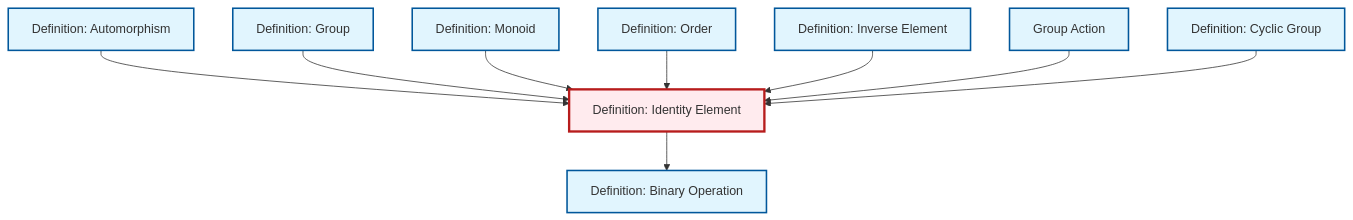
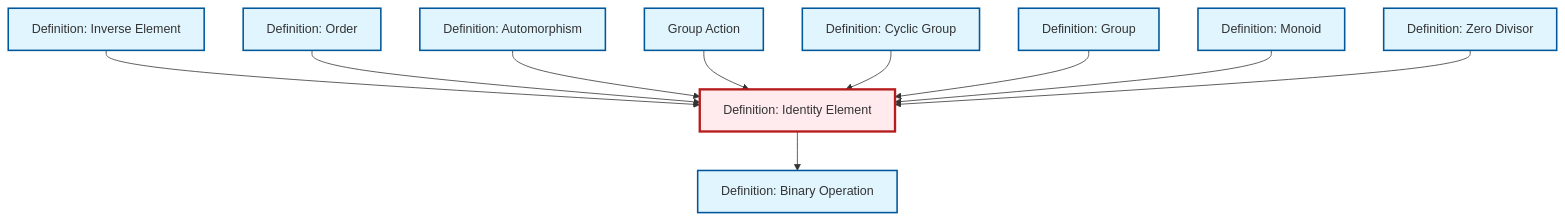
One commit to RK0429/ModernMath changed the diagram in content/en/algebra/def-identity-element.qmd. Above: the diagram before and after it, drawn with Mermaid. The commit also changed 654 other files, not shown here.

````diff
--- a/content/en/algebra/def-identity-element.qmd
+++ b/content/en/algebra/def-identity-element.qmd
@@ -77,35 +77,38 @@
 ```{mermaid}
 %%| fig-cap: "Local dependency graph"
 graph TD
     classDef definition fill:#e1f5fe,stroke:#01579b,stroke-width:2px
     classDef theorem fill:#f3e5f5,stroke:#4a148c,stroke-width:2px
     classDef axiom fill:#fff3e0,stroke:#e65100,stroke-width:2px
     classDef example fill:#e8f5e9,stroke:#1b5e20,stroke-width:2px
     classDef current fill:#ffebee,stroke:#b71c1c,stroke-width:3px
+    def-inverse-element["Definition: Inverse Element"]:::definition
     def-monoid["Definition: Monoid"]:::definition
+    def-cyclic-group["Definition: Cyclic Group"]:::definition
     def-group["Definition: Group"]:::definition
+    def-order["Definition: Order"]:::definition
     def-binary-operation["Definition: Binary Operation"]:::definition
-    def-cyclic-group["Definition: Cyclic Group"]:::definition
-    def-order["Definition: Order"]:::definition
-    def-inverse-element["Definition: Inverse Element"]:::definition
+    def-zero-divisor["Definition: Zero Divisor"]:::definition
+    def-identity-element["Definition: Identity Element"]:::definition
     def-group-action["Group Action"]:::definition
     def-automorphism["Definition: Automorphism"]:::definition
-    def-identity-element["Definition: Identity Element"]:::definition
+    def-identity-element --> def-binary-operation
+    def-inverse-element --> def-identity-element
+    def-order --> def-identity-element
     def-automorphism --> def-identity-element
+    def-group-action --> def-identity-element
+    def-cyclic-group --> def-identity-element
     def-group --> def-identity-element
     def-monoid --> def-identity-element
-    def-order --> def-identity-element
-    def-inverse-element --> def-identity-element
-    def-identity-element --> def-binary-operation
-    def-group-action --> def-identity-element
-    def-cyclic-group --> def-identity-element
+    def-zero-divisor --> def-identity-element
     class def-identity-element current
+    click def-inverse-element "def-inverse-element.html" "Go to Inverse Element definition"
     click def-monoid "def-monoid.html" "Go to Monoid definition"
+    click def-cyclic-group "def-cyclic-group.html" "Go to Cyclic Group definition"
     click def-group "def-group.html" "Go to Group definition"
+    click def-order "def-order.html" "Go to Order definition"
     click def-binary-operation "def-binary-operation.html" "Go to Binary Operation definition"
-    click def-cyclic-group "def-cyclic-group.html" "Go to Cyclic Group definition"
-    click def-order "def-order.html" "Go to Order definition"
-    click def-inverse-element "def-inverse-element.html" "Go to Inverse Element definition"
+    click def-zero-divisor "def-zero-divisor.html" "Go to Zero Divisor definition"
     click def-group-action "def-group-action.html" "Go to Group Action"
     click def-automorphism "def-automorphism.html" "Go to Automorphism definition"
 ```
````
